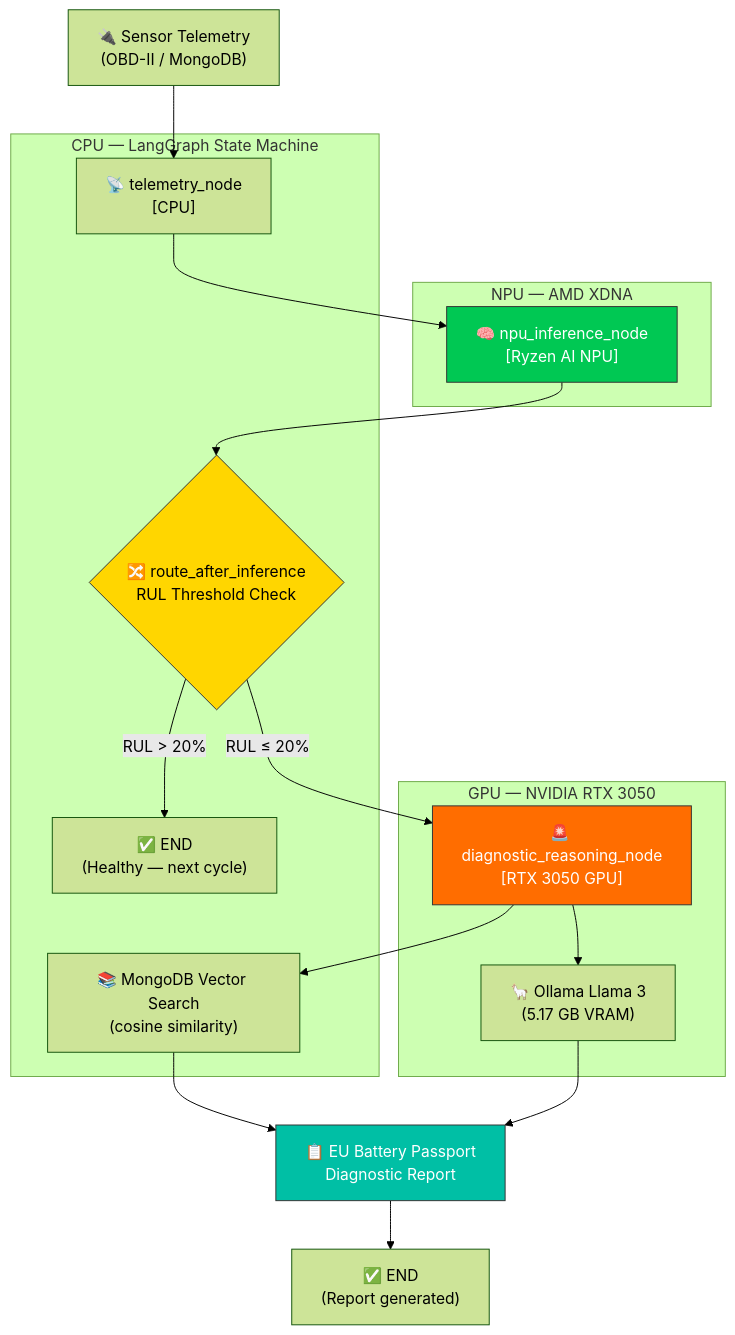
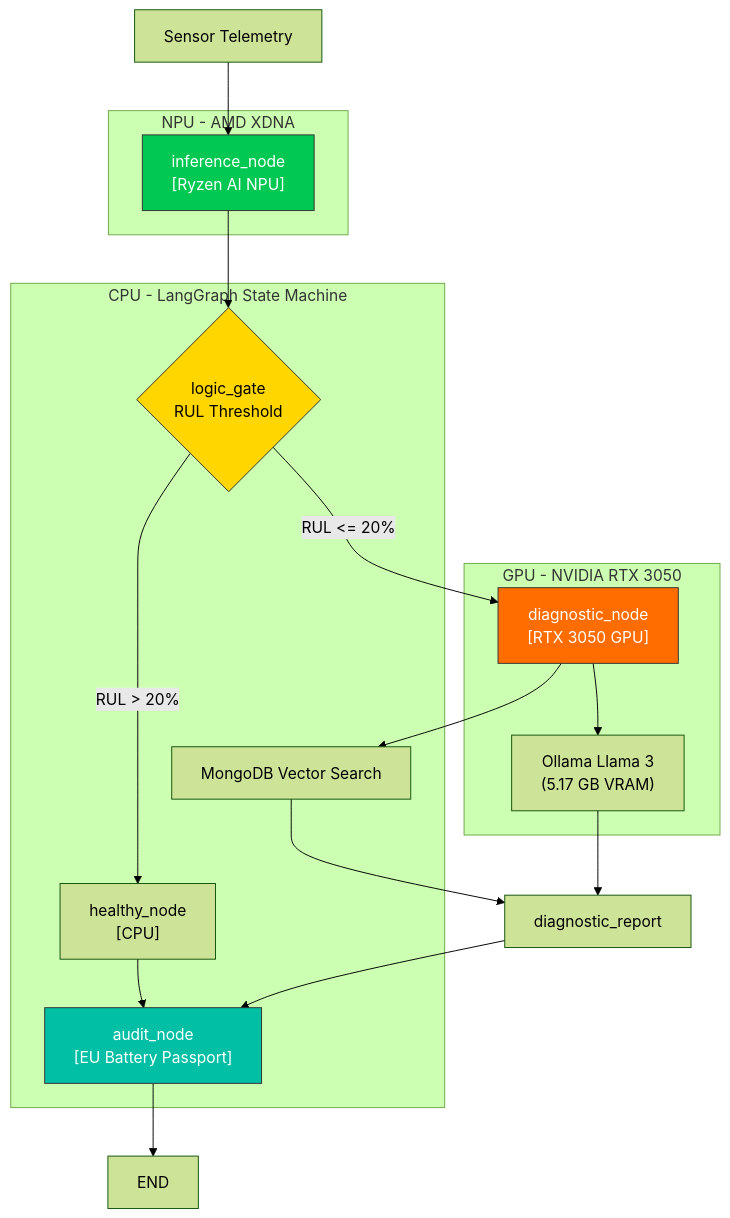
One commit to chiru1005m-maker/EcoDrive_Sentinel changed the diagram in README.md. Above: the diagram before and after it, drawn with Mermaid (forest theme). The commit also changed other lines of this file, not shown here.

First line of the commit message:
Revise README for architecture and feature updates

````diff
--- a/README.md
+++ b/README.md
@@ -75,34 +80,35 @@
 ```mermaid
 graph TD
-    A["🔌 Sensor Telemetry<br/>(OBD-II / MongoDB)"] --> B["📡 telemetry_node<br/>[CPU]"]
-    B --> C["🧠 npu_inference_node<br/>[Ryzen AI NPU]"]
-    C --> D{"🔀 route_after_inference<br/>RUL Threshold Check"}
-    D -->|"RUL > 20%"| E["✅ END<br/>(Healthy — next cycle)"]
-    D -->|"RUL ≤ 20%"| F["🚨 diagnostic_reasoning_node<br/>[RTX 3050 GPU]"]
-    F --> G["📚 MongoDB Vector Search<br/>(cosine similarity)"]
-    F --> H["🦙 Ollama Llama 3<br/>(5.17 GB VRAM)"]
-    G --> I["📋 EU Battery Passport<br/>Diagnostic Report"]
+    A["Sensor Telemetry"] --> B["inference_node<br/>[Ryzen AI NPU]"]
+    B --> C{"logic_gate<br/>RUL Threshold"}
+    C -->|"RUL > 20%"| D["healthy_node<br/>[CPU]"]
+    C -->|"RUL <= 20%"| E["diagnostic_node<br/>[RTX 3050 GPU]"]
+    E --> F["MongoDB Vector Search"]
+    E --> G["Ollama Llama 3<br/>(5.17 GB VRAM)"]
+    F --> H["diagnostic_report"]
+    G --> H
+    D --> I["audit_node<br/>[EU Battery Passport]"]
     H --> I
-    I --> J["✅ END<br/>(Report generated)"]
+    I --> J["END"]
 
-    subgraph "NPU — AMD XDNA"
-        C
+    subgraph "NPU - AMD XDNA"
+        B
     end
 
-    subgraph "GPU — NVIDIA RTX 3050"
-        F
-        H
-    end
-
-    subgraph "CPU — LangGraph State Machine"
-        B
-        D
+    subgraph "GPU - NVIDIA RTX 3050"
         E
         G
     end
 
-    style C fill:#00C853,stroke:#333,color:#fff
-    style F fill:#FF6D00,stroke:#333,color:#fff
-    style D fill:#FFD600,stroke:#333
+    subgraph "CPU - LangGraph State Machine"
+        C
+        D
+        F
+        I
+    end
+
+    style B fill:#00C853,stroke:#333,color:#fff
+    style E fill:#FF6D00,stroke:#333,color:#fff
+    style C fill:#FFD600,stroke:#333
     style I fill:#00BFA5,stroke:#333,color:#fff
 ```
````
